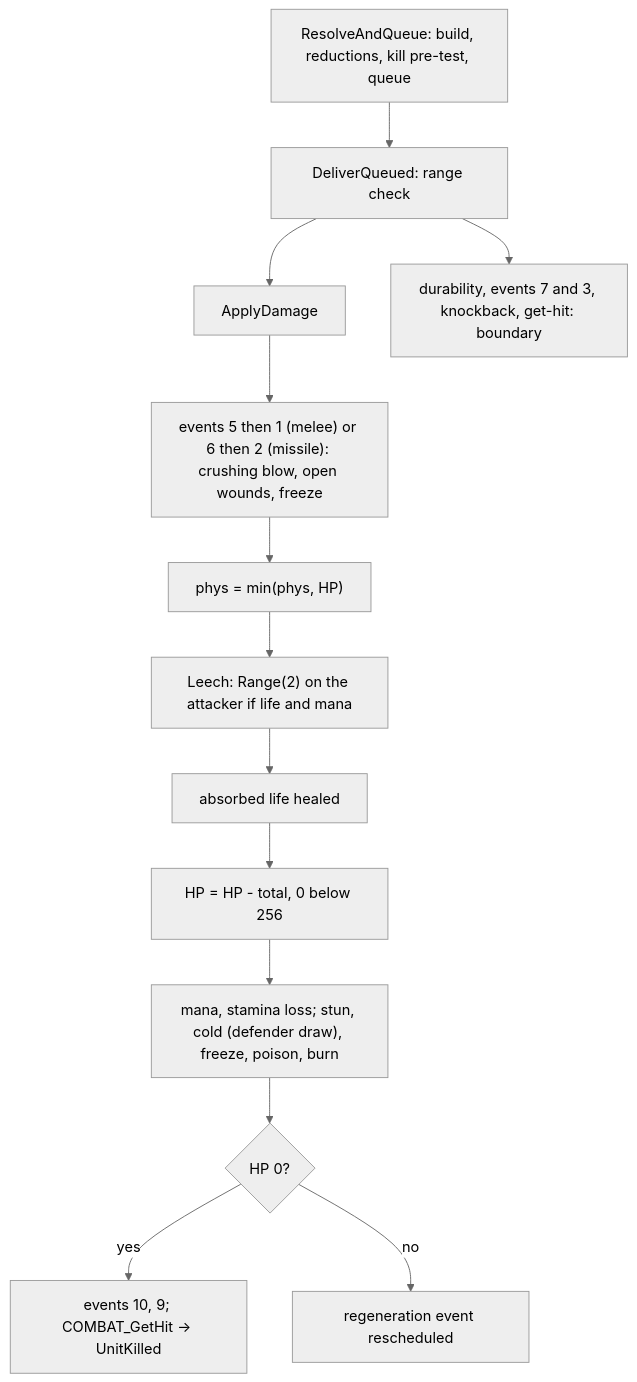
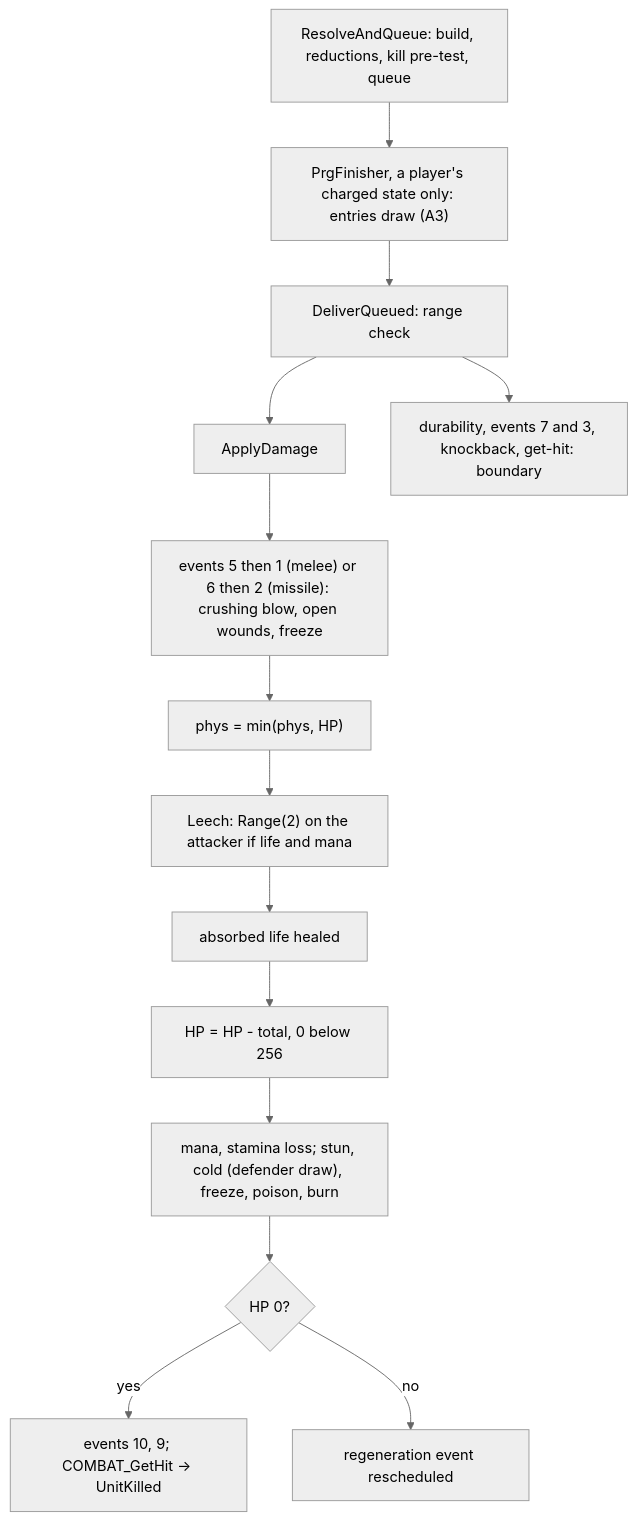
One commit to IgorKonovalov/diablo-2-recompilation changed the first of 2 diagrams in docs/specs/combat/delivery.md. Above: the diagram before and after it, drawn with Mermaid (neutral theme). The commit also changed other lines of this file and 11 other files, not shown here.

Commit message:
docs(specs): fold skills/0003 into combat and rng/seeds: finisher entries draw (B5, A3), stat-event handler draws (B6, E5), state 52, 15 EType stores, re-seed sites; inputs entry closed, review request

````diff
--- a/docs/specs/combat/delivery.md
+++ b/docs/specs/combat/delivery.md
@@ -22,15 +22,16 @@
 ```mermaid
 flowchart TD
-  q["ResolveAndQueue: build, reductions, kill pre-test, queue"] --> dq["DeliverQueued: range check"]
+  q["ResolveAndQueue: build, reductions, kill pre-test, queue"] --> fin["PrgFinisher, a player's charged state only: entries draw (A3)"]
+  fin --> dq["DeliverQueued: range check"]
   dq --> ad["ApplyDamage"]
   ad --> ev["events 5 then 1 (melee) or 6 then 2 (missile): crushing blow, open wounds, freeze"]
   ev --> cap["phys = min(phys, HP)"]
   cap --> le["Leech: Range(2) on the attacker if life and mana"]
   le --> ab["absorbed life healed"]
   ab --> hp["HP = HP - total, 0 below 256"]
   hp --> fx["mana, stamina loss; stun, cold (defender draw), freeze, poison, burn"]
   fx --> k{"HP 0?"}
   k -->|yes| kill["events 10, 9; COMBAT_GetHit → UnitKilled"]
   k -->|no| reg["regeneration event rescheduled"]
   dq --> extra["durability, events 7 and 3, knockback, get-hit: boundary"]
 ```
````
